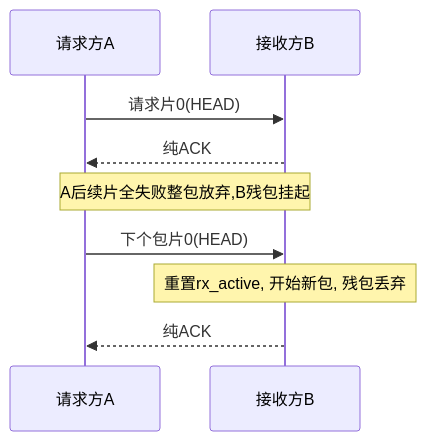
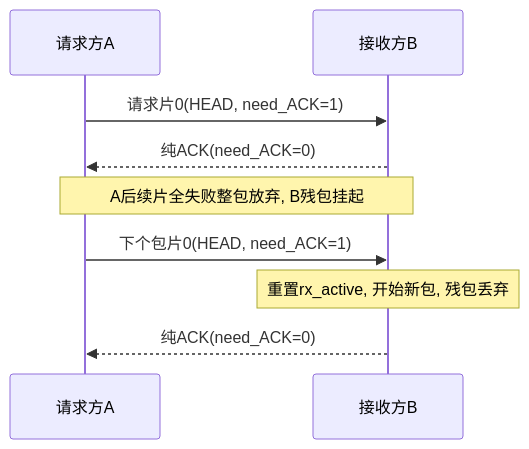
Diagram 12 of 13 in 工作/项目/代码/260401S3分拣面板-SIA-R9000P.md (Siaiai/ObsidianNote), drawn with Mermaid before and after one commit. The commit also changed other lines of this file, not shown here.

````diff
--- a/工作/项目/代码/260401S3分拣面板-SIA-R9000P.md
+++ b/工作/项目/代码/260401S3分拣面板-SIA-R9000P.md
@@ -216,11 +258,11 @@
 ```mermaid
 sequenceDiagram
     participant A as 请求方A
     participant B as 接收方B
-    A->>B: 请求片0(HEAD)
-    B-->>A: 纯ACK
-    Note over A,B: A后续片全失败整包放弃,B残包挂起
-    A->>B: 下个包片0(HEAD)
+    A->>B: 请求片0(HEAD, need_ACK=1)
+    B-->>A: 纯ACK(need_ACK=0)
+    Note over A,B: A后续片全失败整包放弃, B残包挂起
+    A->>B: 下个包片0(HEAD, need_ACK=1)
     Note over B: 重置rx_active, 开始新包, 残包丢弃
-    B-->>A: 纯ACK
+    B-->>A: 纯ACK(need_ACK=0)
 ```
````
